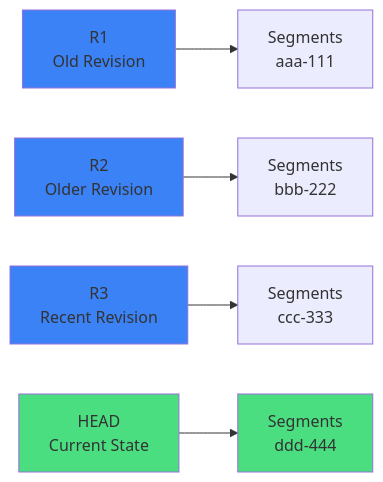
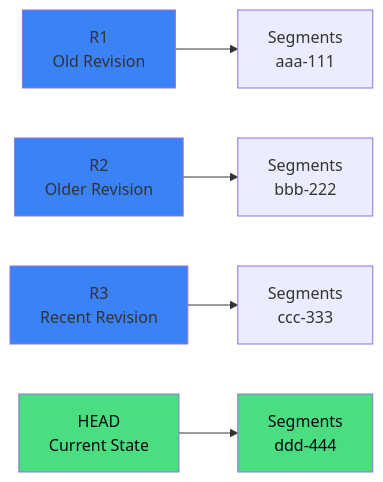
One commit to somarc/oak-magnum-oakus changed the diagram in docs/architecture/gc.md. Above: the diagram before and after it, drawn with Mermaid. The commit also changed other lines of this file and 24 other files, not shown here.

````diff
--- a/docs/architecture/gc.md
+++ b/docs/architecture/gc.md
@@ -9,13 +9,13 @@
 ```mermaid
 graph LR
     R1[R1<br/>Old Revision] --> S1[Segments<br/>aaa-111]
     R2[R2<br/>Older Revision] --> S2[Segments<br/>bbb-222]
     R3[R3<br/>Recent Revision] --> S3[Segments<br/>ccc-333]
     HEAD[HEAD<br/>Current State] --> S4[Segments<br/>ddd-444]
     
     style R1 fill:#3b82f6
     style R2 fill:#3b82f6
     style R3 fill:#3b82f6
-    style HEAD fill:#4ade80
-    style S4 fill:#4ade80
+    style HEAD fill:#4ade80,color:#030712
+    style S4 fill:#4ade80,color:#030712
 ```
````
